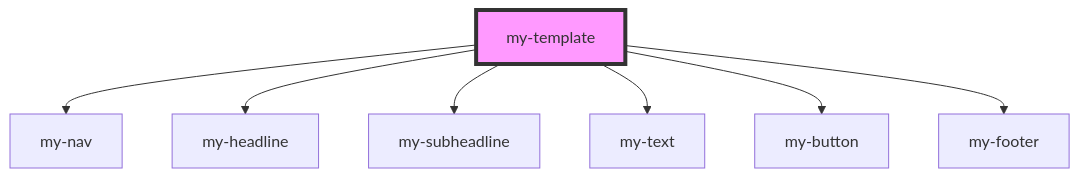
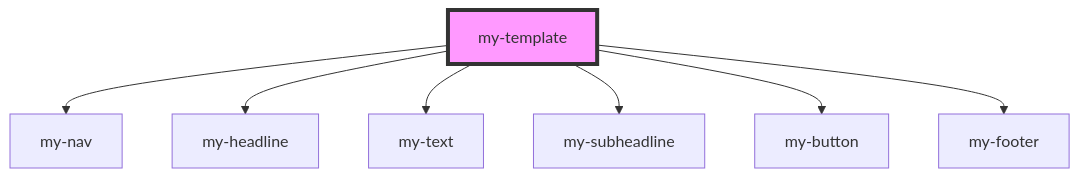
One commit to chrisdancer/Stencil changed the diagram in gestaltgesetze/src/components/my-template/readme.md. Above: the diagram before and after it, drawn with Mermaid. The commit also changed other lines of this file and 1 other file, not shown here.

````diff
--- a/gestaltgesetze/src/components/my-template/readme.md
+++ b/gestaltgesetze/src/components/my-template/readme.md
@@ -20,10 +20,10 @@
 ```mermaid
 graph TD;
   my-template --> my-nav
   my-template --> my-headline
+  my-template --> my-text
   my-template --> my-subheadline
-  my-template --> my-text
   my-template --> my-button
   my-template --> my-footer
   style my-template fill:#f9f,stroke:#333,stroke-width:4px
 ```
````
